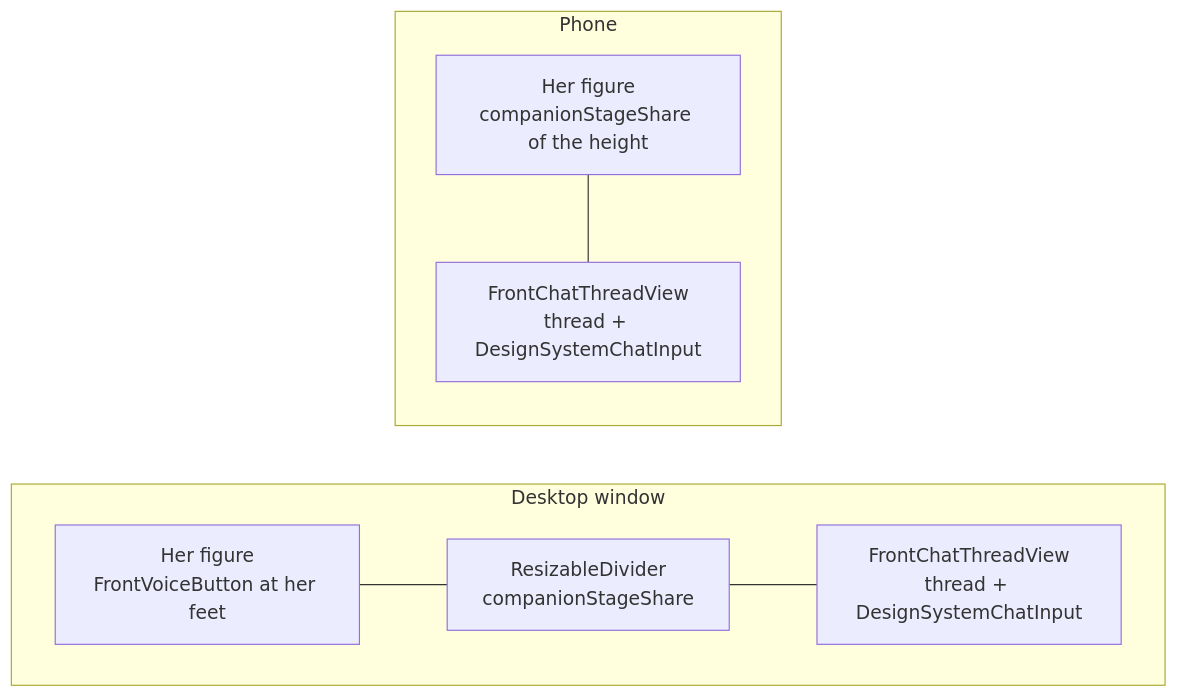
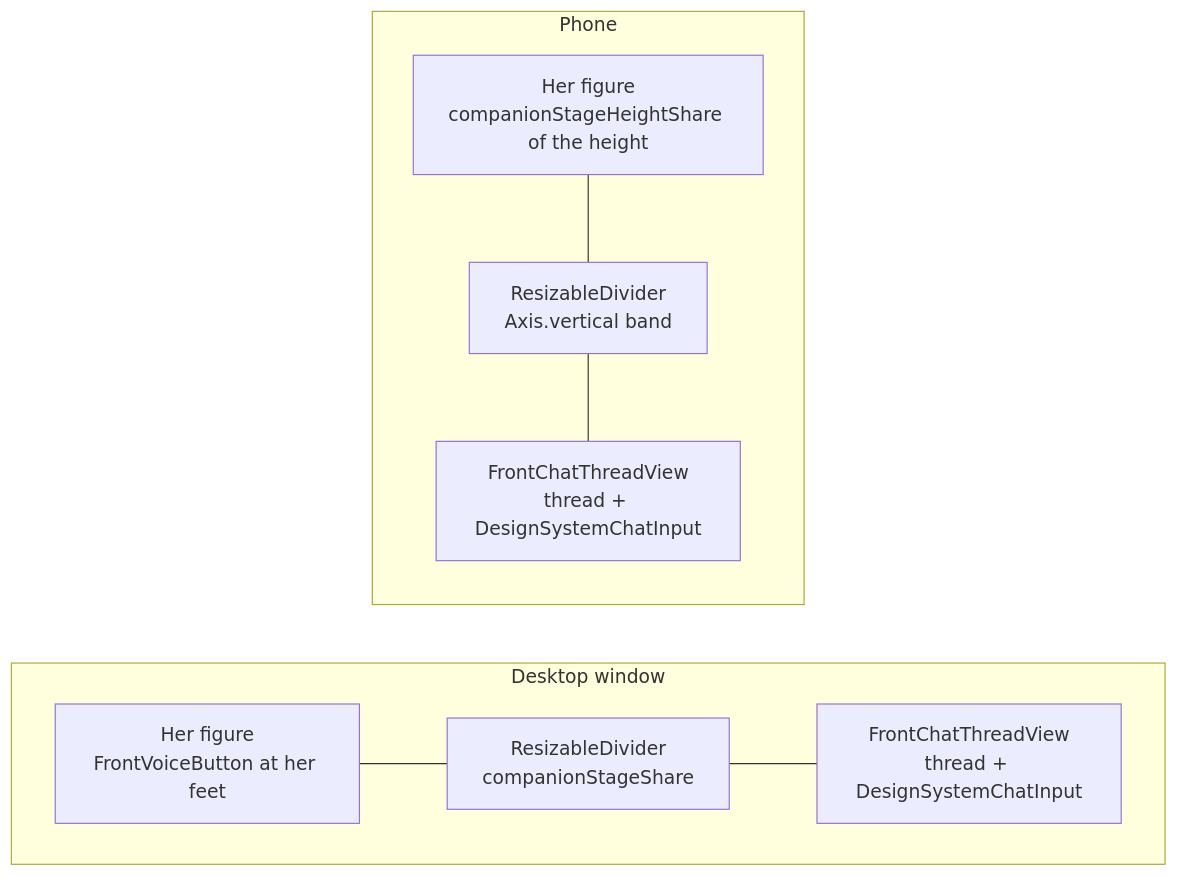
Before and after one commit to matthiasn/lotti: diagram 11 of 11 in knowledge/features/front_agent.md, drawn with Mermaid. The commit also changed other lines of this file and 9 other files, not shown here.

Commit message:
feat(front-agent): on a phone the band between her and the chat drags her height, saved for a phone

````diff
--- a/knowledge/features/front_agent.md
+++ b/knowledge/features/front_agent.md
@@ -1418,11 +1420,11 @@
 ```mermaid
 flowchart LR
   subgraph Desktop["Desktop window"]
     direction LR
     F1["Her figure<br/>FrontVoiceButton at her feet"] --- D["ResizableDivider<br/>companionStageShare"] --- C1["FrontChatThreadView<br/>thread + DesignSystemChatInput"]
   end
   subgraph Phone["Phone"]
     direction TB
-    F2["Her figure<br/>companionStageShare of the height"] --- C2["FrontChatThreadView<br/>thread + DesignSystemChatInput"]
+    F2["Her figure<br/>companionStageHeightShare of the height"] --- B["ResizableDivider<br/>Axis.vertical band"] --- C2["FrontChatThreadView<br/>thread + DesignSystemChatInput"]
   end
 ```
````
